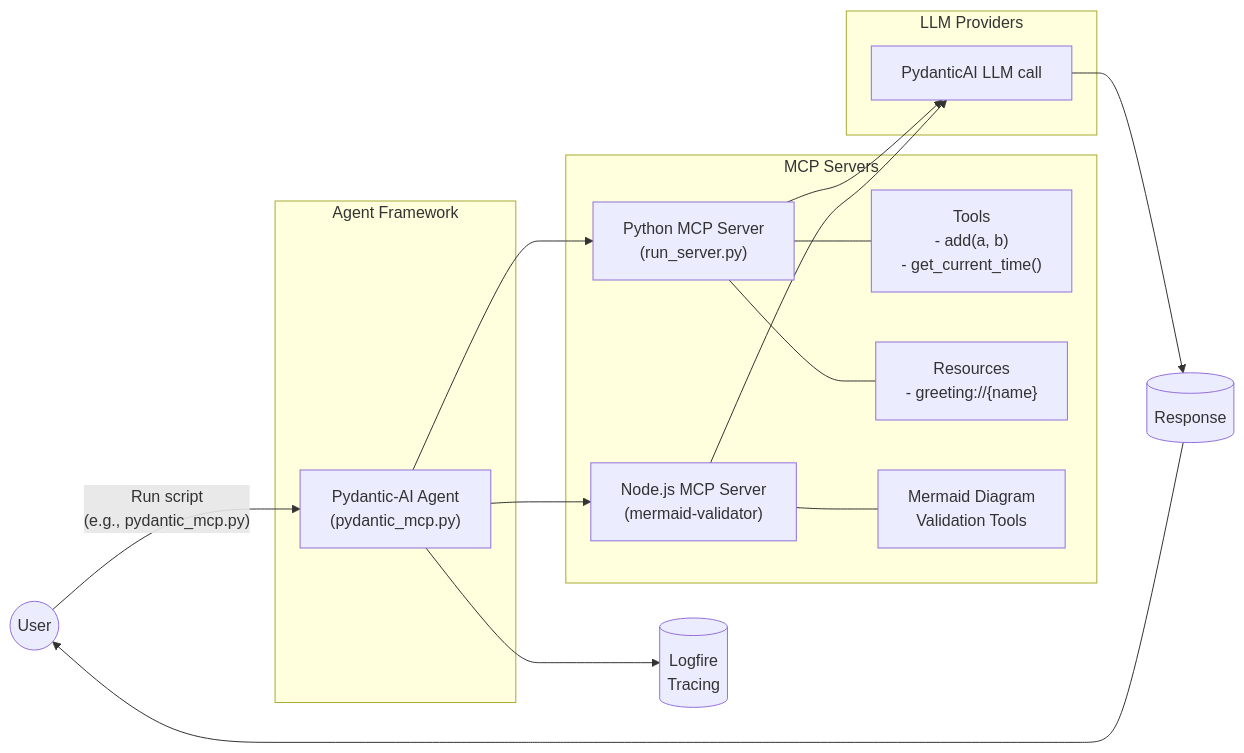
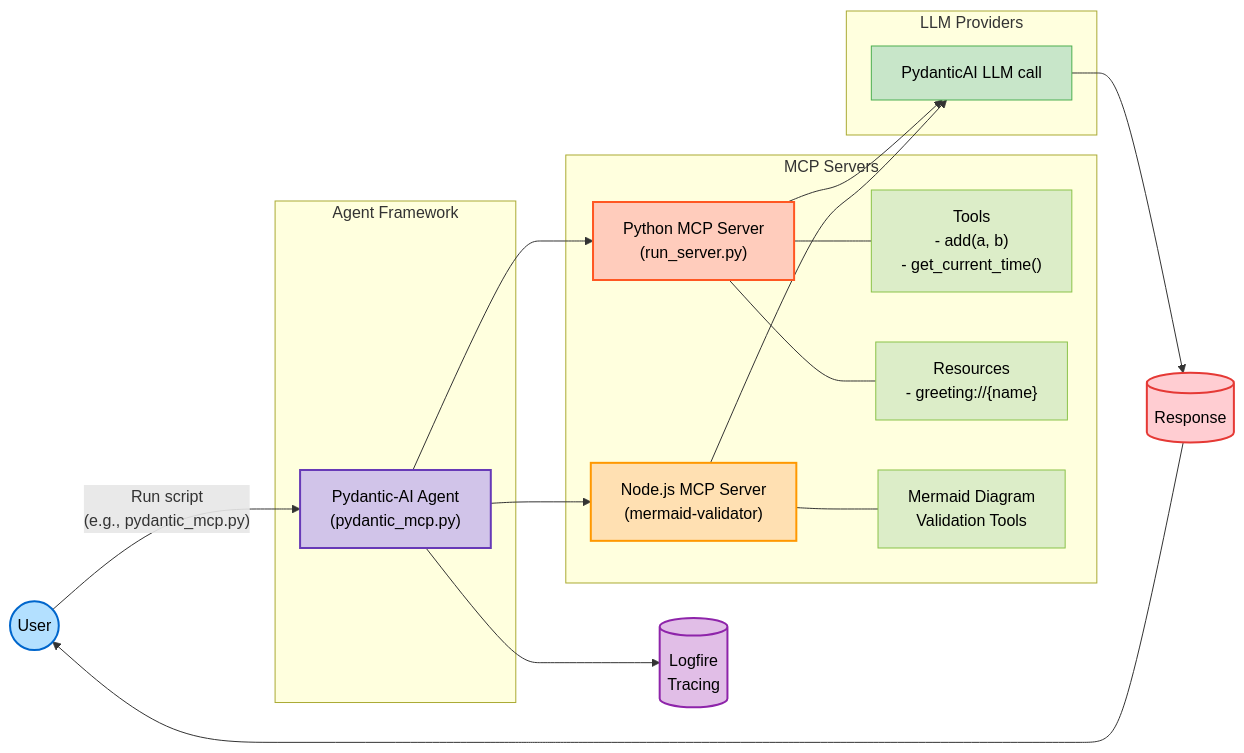
Before and after one commit to andrewginns/agents-mcp-usage: the first of 2 diagrams in agents_mcp_usage/multi_mcp/README.md, drawn with Mermaid. The commit also changed other lines of this file and 2 other files, not shown here.

````diff
--- a/agents_mcp_usage/multi_mcp/README.md
+++ b/agents_mcp_usage/multi_mcp/README.md
@@ -10,38 +29,59 @@
 ```mermaid
 graph LR
     User((User)) --> |"Run script<br>(e.g., pydantic_mcp.py)"| Agent
 
     subgraph "Agent Framework"
         Agent["Pydantic-AI Agent<br>(pydantic_mcp.py)"]
     end
 
     subgraph "MCP Servers"
         PythonMCP["Python MCP Server<br>(run_server.py)"]
         NodeMCP["Node.js MCP Server<br>(mermaid-validator)"]
         
         Tools["Tools<br>- add(a, b)<br>- get_current_time()"]
         Resources["Resources<br>- greeting://{name}"]
         MermaidValidator["Mermaid Diagram<br>Validation Tools"]
         
         PythonMCP --- Tools
         PythonMCP --- Resources
         NodeMCP --- MermaidValidator
     end
 
     subgraph "LLM Providers"
         LLMs["PydanticAI LLM call"]
     end
     
     Logfire[("Logfire<br>Tracing")]
     
     Agent --> PythonMCP
     Agent --> NodeMCP
     
     PythonMCP --> LLMs
     NodeMCP --> LLMs
     
     Agent --> Logfire
     
     LLM_Response[("Response")] --> User
     LLMs --> LLM_Response
+
+    %% Node styling for better dark/light mode readability
+    classDef userNode fill:#b3e0ff,stroke:#0066cc,stroke-width:2px,color:#000000;
+    classDef agentNode fill:#d1c4e9,stroke:#673ab7,stroke-width:2px,color:#000000;
+    classDef mcpNode fill:#ffccbc,stroke:#ff5722,stroke-width:2px,color:#000000;
+    classDef pythonMcpNode fill:#ffccbc,stroke:#ff5722,stroke-width:2px,color:#000000;
+    classDef nodeMcpNode fill:#ffe0b2,stroke:#ff9800,stroke-width:2px,color:#000000;
+    classDef toolNode fill:#dcedc8,stroke:#8bc34a,stroke-width:1px,color:#000000;
+    classDef llmNode fill:#c8e6c9,stroke:#4caf50,stroke-width:1px,color:#000000;
+    classDef outputNode fill:#ffcdd2,stroke:#e53935,stroke-width:2px,color:#000000;
+    classDef logNode fill:#e1bee7,stroke:#8e24aa,stroke-width:2px,color:#000000;
+
+    %% Apply styles to nodes
+    class User userNode;
+    class Agent agentNode;
+    class PythonMCP pythonMcpNode;
+    class NodeMCP nodeMcpNode;
+    class Tools,Resources,MermaidValidator toolNode;
+    class LLMs llmNode;
+    class LLM_Response outputNode;
+    class Logfire logNode;
 ```
````
